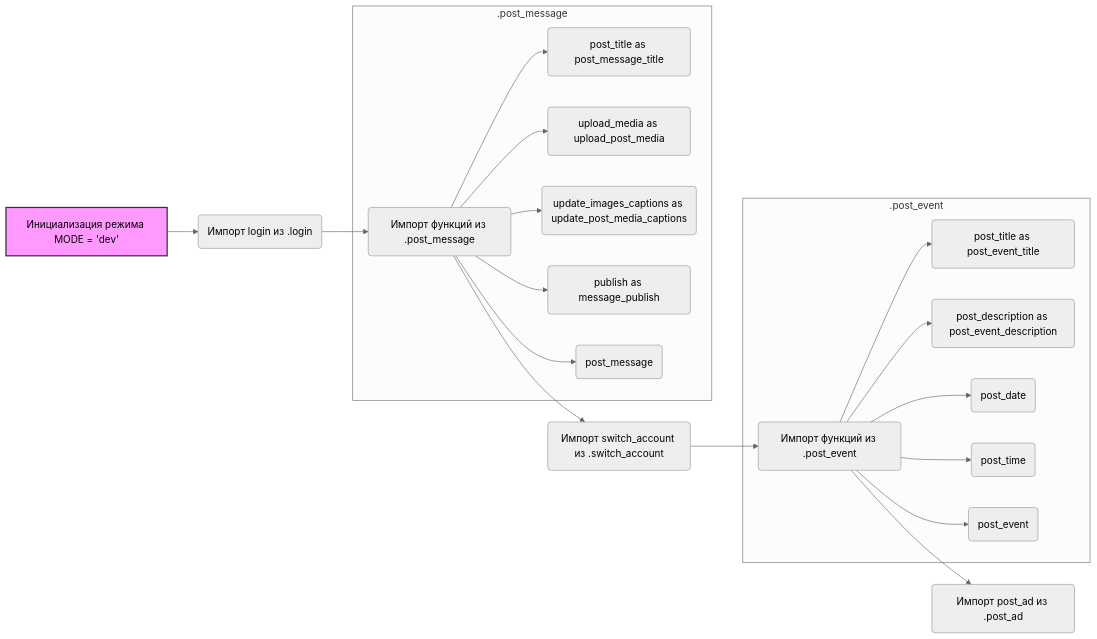
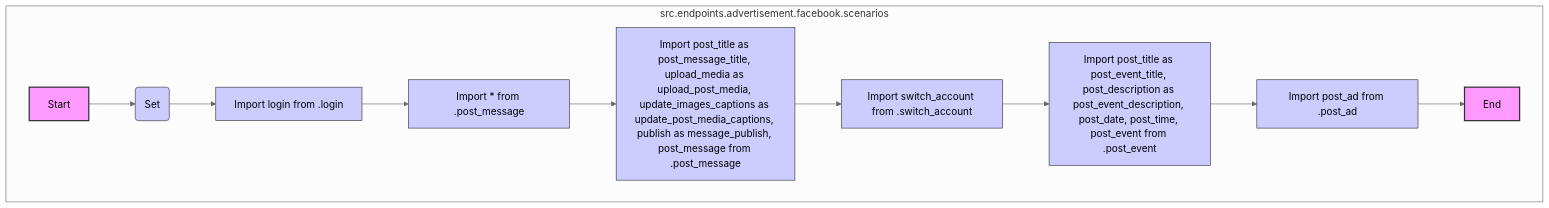
One commit to hypo69/hypo changed the diagram in docs/gemini/ru/explainer/src/endpoints/advertisement/facebook/scenarios/__init__.py.md. Above: the diagram before and after it, drawn with Mermaid (neutral theme). The commit also changed other lines of this file and 6031 other files, not shown here.

````diff
--- a/docs/gemini/ru/explainer/src/endpoints/advertisement/facebook/scenarios/__init__.py.md
+++ b/docs/gemini/ru/explainer/src/endpoints/advertisement/facebook/scenarios/__init__.py.md
@@ -42,38 +39,20 @@
 ```mermaid
-graph LR
-    A[Инициализация режима MODE = 'dev'] --> B(Импорт login из .login);
-    B --> C(Импорт функций из .post_message);
-     C --> D(Импорт switch_account из .switch_account);
-      D --> E(Импорт функций из .post_event);
-       E --> F(Импорт post_ad из .post_ad);
-   
-    
-    subgraph ".post_message"
-      C1(post_title as post_message_title);
-      C2(upload_media as upload_post_media);
-      C3(update_images_captions as update_post_media_captions);
-      C4(publish as message_publish);
-      C5(post_message);
-      C --> C1
-      C --> C2
-      C --> C3
-      C --> C4
-       C --> C5
+flowchart TD
+    subgraph src.endpoints.advertisement.facebook.scenarios
+        Start[Start] --> SetMode(Set )
+        SetMode --> ImportLogin[Import login from .login]
+        ImportLogin --> ImportPostMessage[Import * from .post_message]
+        ImportPostMessage --> ImportRenamedPostMessage[Import post_title as post_message_title, upload_media as upload_post_media, update_images_captions as update_post_media_captions, publish as message_publish, post_message from .post_message]
+        ImportRenamedPostMessage --> ImportSwitchAccount[Import switch_account from .switch_account]
+        ImportSwitchAccount --> ImportPostEvent[Import post_title as post_event_title, post_description as post_event_description, post_date, post_time, post_event from .post_event]
+        ImportPostEvent --> ImportPostAd[Import post_ad from .post_ad]
+        ImportPostAd --> End[End]
+        
+        style Start fill:#f9f,stroke:#333,stroke-width:2px
+        style End fill:#f9f,stroke:#333,stroke-width:2px
+        
+        classDef module fill:#ccf,stroke:#333,stroke-width:1px
+        class SetMode,ImportLogin,ImportPostMessage,ImportRenamedPostMessage,ImportSwitchAccount,ImportPostEvent,ImportPostAd module;
     end
-    
-     subgraph ".post_event"
-      E1(post_title as post_event_title);
-      E2(post_description as post_event_description);
-      E3(post_date);
-      E4(post_time);
-      E5(post_event);
-      E --> E1
-      E --> E2
-       E --> E3
-      E --> E4
-       E --> E5
-    end
-    
-    
-    style A fill:#f9f,stroke:#333,stroke-width:2px
+
 ```
````
